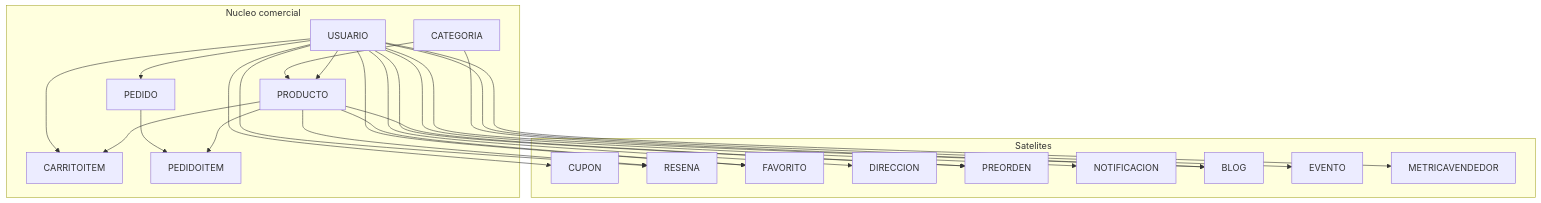
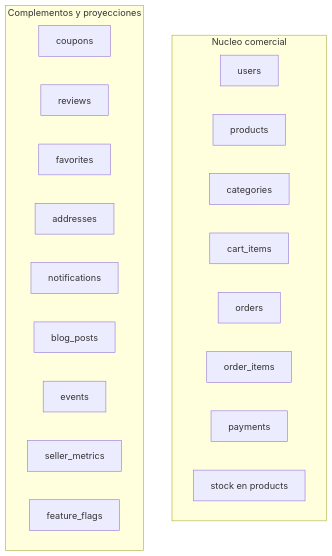
One commit to julianmeoficial/minimalecommerceapi changed the third of 3 diagrams in docs/02-MODELO-DATOS.md. Above: the diagram before and after it, drawn with Mermaid. The commit also changed other lines of this file and 19 other files, not shown here.

````diff
--- a/docs/02-MODELO-DATOS.md
+++ b/docs/02-MODELO-DATOS.md
@@ -147,44 +97,25 @@
 ```mermaid
 flowchart TB
   subgraph nucleo [Nucleo comercial]
-    U[USUARIO]
-    P[PRODUCTO]
-    Cat[CATEGORIA]
-    C[CARRITOITEM]
-    Ped[PEDIDO]
-    Pi[PEDIDOITEM]
+    U[users]
+    P[products]
+    Cat[categories]
+    C[cart_items]
+    O[orders]
+    Oi[order_items]
+    Pay[payments]
+    Inv["stock en products"]
   end
 
-  subgraph sat [Satelites]
-    Cup[CUPON]
-    R[RESENA]
-    F[FAVORITO]
-    D[DIRECCION]
-    Pre[PREORDEN]
-    N[NOTIFICACION]
-    B[BLOG]
-    E[EVENTO]
-    M[METRICAVENDEDOR]
+  subgraph sat [Complementos y proyecciones]
+    Cup[coupons]
+    R[reviews]
+    F[favorites]
+    D[addresses]
+    N[notifications]
+    B[blog_posts]
+    E[events]
+    M[seller_metrics]
+    FF[feature_flags]
   end
-
-  U --> C
-  P --> C
-  Cat --> P
-  U --> P
-  U --> Ped
-  Ped --> Pi
-  P --> Pi
-  U --> Cup
-  U --> R
-  P --> R
-  U --> F
-  P --> F
-  U --> D
-  U --> Pre
-  P --> Pre
-  U --> N
-  U --> B
-  Cat --> B
-  U --> E
-  U --> M
 ```
````
